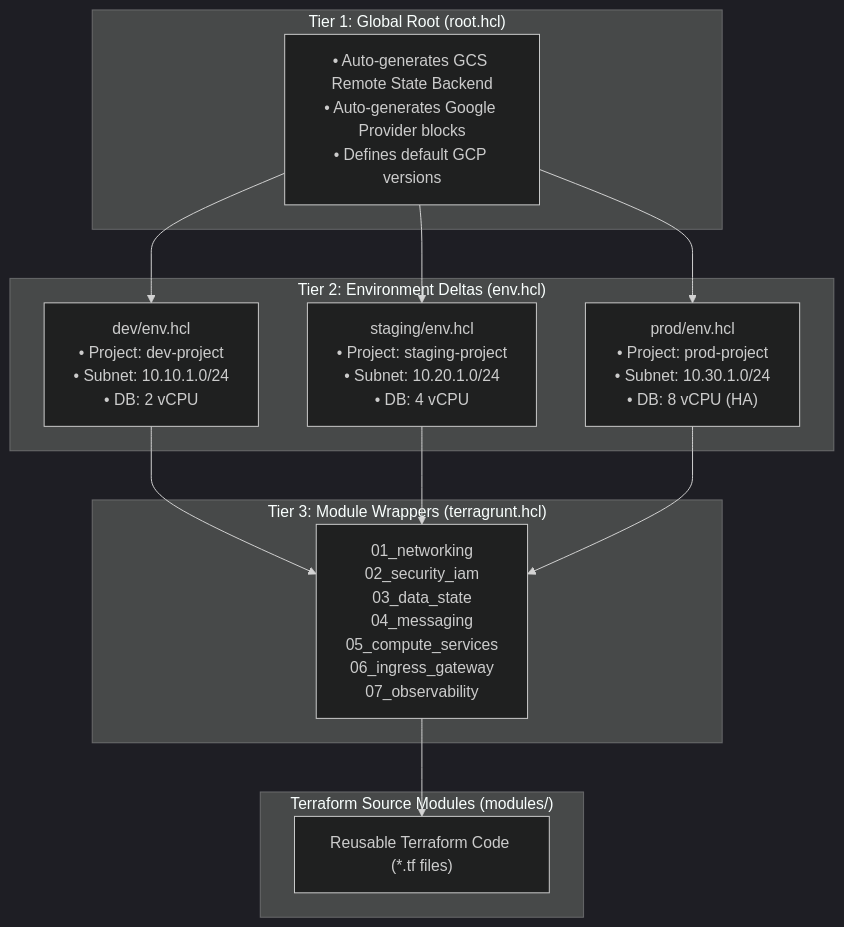
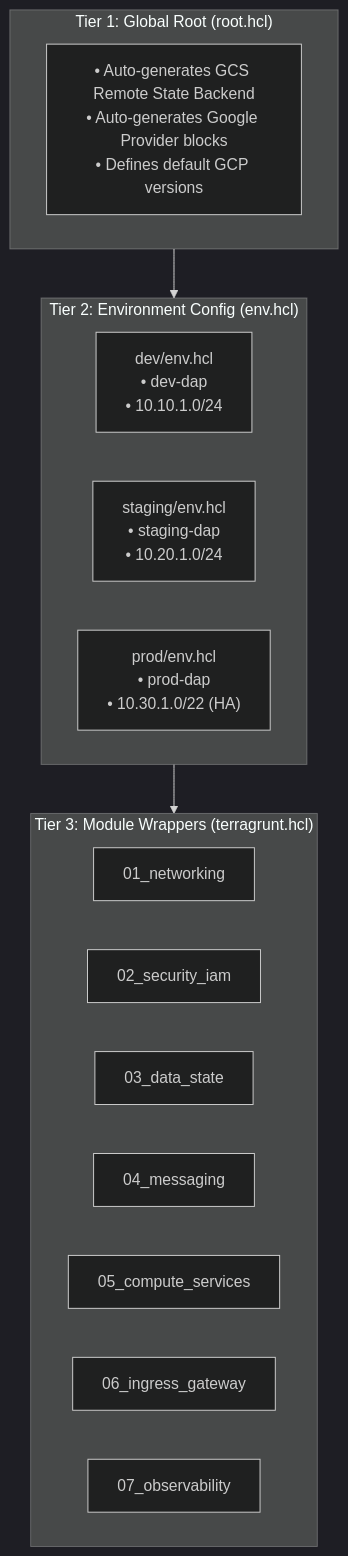
One commit to chaitanya-sharmaa/SOAM changed the first of 2 diagrams in docs/TERRAGRUNT.md. Above: the diagram before and after it, drawn with Mermaid (dark theme). The commit also changed other lines of this file and 3 other files, not shown here.

Commit message:
docs: update all diagram references and documentation links to match root layout

````diff
--- a/docs/TERRAGRUNT.md
+++ b/docs/TERRAGRUNT.md
@@ -17,30 +17,25 @@
 ```mermaid
 flowchart TD
     subgraph Tier1["Tier 1: Global Root (root.hcl)"]
         RootHCL["• Auto-generates GCS Remote State Backend\n• Auto-generates Google Provider blocks\n• Defines default GCP versions"]
     end
 
-    subgraph Tier2["Tier 2: Environment Deltas (env.hcl)"]
-        DevEnv["dev/env.hcl\n• Project: dev-project\n• Subnet: 10.10.1.0/24\n• DB: 2 vCPU"]
-        StgEnv["staging/env.hcl\n• Project: staging-project\n• Subnet: 10.20.1.0/24\n• DB: 4 vCPU"]
-        PrdEnv["prod/env.hcl\n• Project: prod-project\n• Subnet: 10.30.1.0/24\n• DB: 8 vCPU (HA)"]
+    subgraph Tier2["Tier 2: Environment Config (env.hcl)"]
+        EnvDev["dev/env.hcl\n• dev-dap\n• 10.10.1.0/24"]
+        EnvStaging["staging/env.hcl\n• staging-dap\n• 10.20.1.0/24"]
+        EnvProd["prod/env.hcl\n• prod-dap\n• 10.30.1.0/22 (HA)"]
     end
 
     subgraph Tier3["Tier 3: Module Wrappers (terragrunt.hcl)"]
-        Modules["01_networking\n02_security_iam\n03_data_state\n04_messaging\n05_compute_services\n06_ingress_gateway\n07_observability"]
+        M1["01_networking"]
+        M2["02_security_iam"]
+        M3["03_data_state"]
+        M4["04_messaging"]
+        M5["05_compute_services"]
+        M6["06_ingress_gateway"]
+        M7["07_observability"]
     end
 
-    subgraph SourceCode["Terraform Source Modules (modules/)"]
-        TFSource["Reusable Terraform Code (*.tf files)"]
-    end
-
-    RootHCL --> DevEnv
-    RootHCL --> StgEnv
-    RootHCL --> PrdEnv
-
-    DevEnv --> Modules
-    StgEnv --> Modules
-    PrdEnv --> Modules
-
-    Modules --> TFSource
+    Tier1 --> Tier2
+    Tier2 --> Tier3
 ```
````
